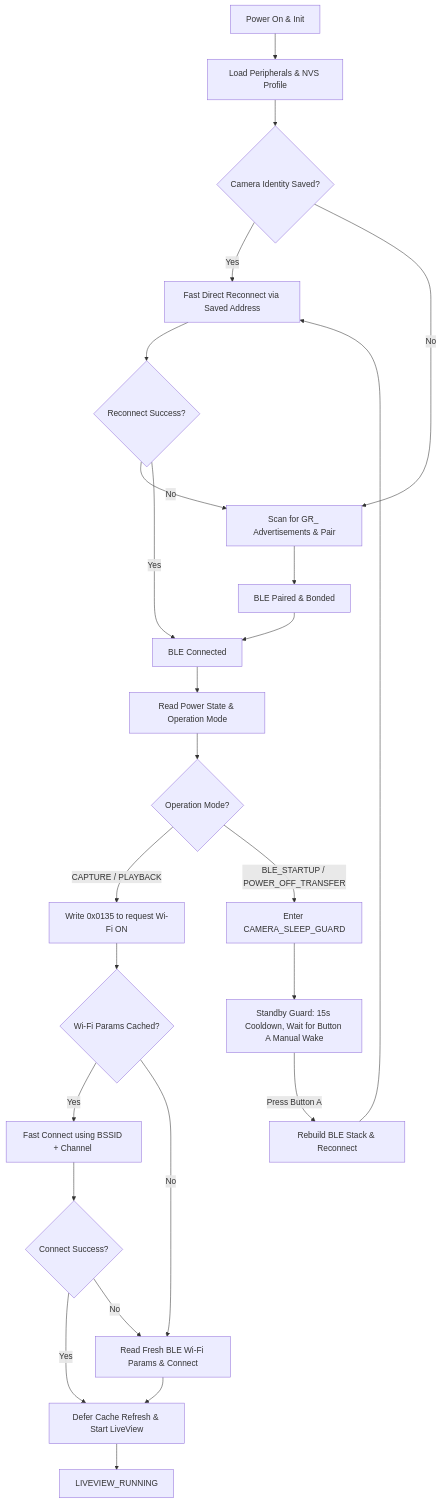
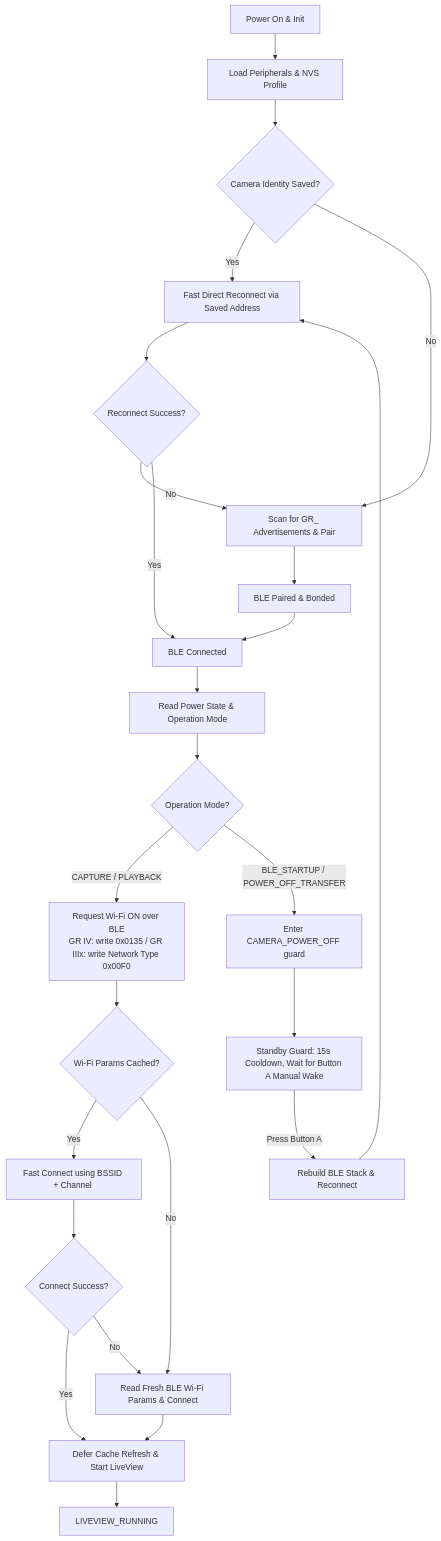
The diagram in README.md (ndreij/RICOH-GR-Live-View-Shooting), drawn with Mermaid before and after one commit. The commit also changed other lines of this file and 6 other files, not shown here.

````diff
--- a/README.md
+++ b/README.md
@@ -96,27 +92,27 @@
 ```mermaid
 graph TD
     A[Power On & Init] --> B[Load Peripherals & NVS Profile]
     B --> C{Camera Identity Saved?}
     C -->|Yes| D[Fast Direct Reconnect via Saved Address]
     C -->|No| E[Scan for GR_ Advertisements & Pair]
     D --> F{Reconnect Success?}
     F -->|No| E
     E --> G[BLE Paired & Bonded]
     F -->|Yes| H[BLE Connected]
     G --> H
     H --> I[Read Power State & Operation Mode]
     I --> J{Operation Mode?}
-    J -->|CAPTURE / PLAYBACK| K[Write 0x0135 to request Wi-Fi ON]
-    J -->|BLE_STARTUP / POWER_OFF_TRANSFER| L[Enter CAMERA_SLEEP_GUARD]
+    J -->|CAPTURE / PLAYBACK| K[Request Wi-Fi ON over BLE<br/>GR IV: write 0x0135 / GR IIIx: write Network Type 0x00F0]
+    J -->|BLE_STARTUP / POWER_OFF_TRANSFER| L[Enter CAMERA_POWER_OFF guard]
     K --> M{Wi-Fi Params Cached?}
     M -->|Yes| N[Fast Connect using BSSID + Channel <Short Timeout>]
     M -->|No| O[Read Fresh BLE Wi-Fi Params & Connect]
     N --> P{Connect Success?}
     P -->|Yes| Q[Defer Cache Refresh & Start LiveView]
     P -->|No| O
     O --> Q
     Q --> R[LIVEVIEW_RUNNING]
     L --> S[Standby Guard: 15s Cooldown, Wait for Button A Manual Wake]
     S -->|Press Button A| T[Rebuild BLE Stack & Reconnect]
     T --> D
 ```
````
